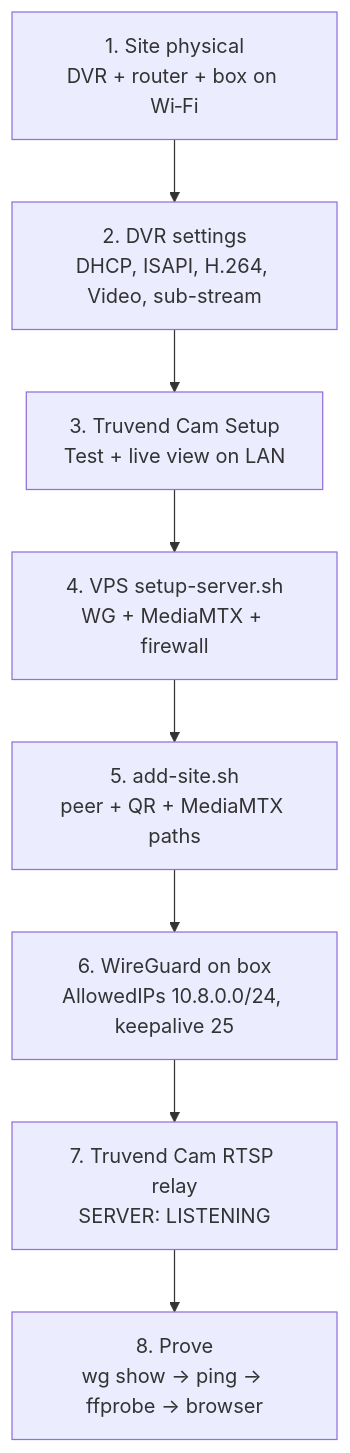
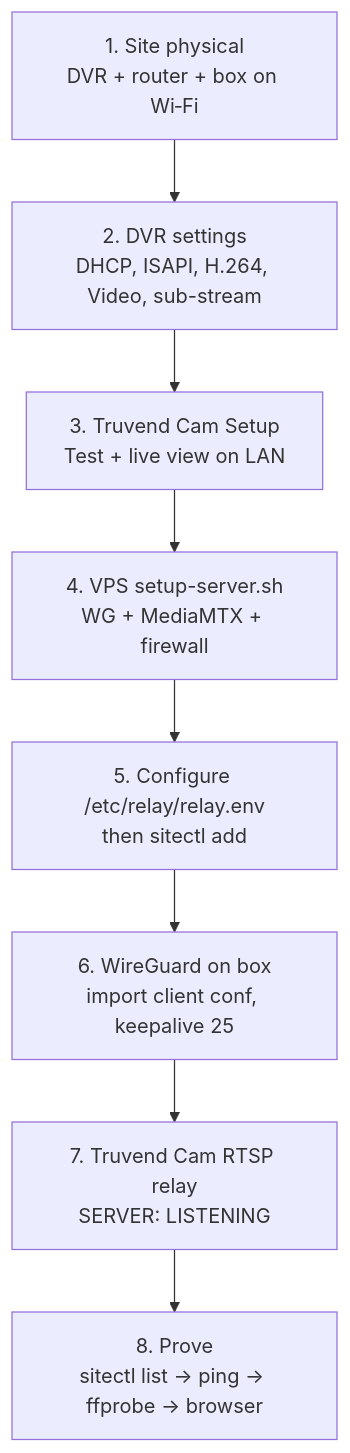
The fourth of 4 diagrams in docs/SYSTEM-ARCHITECTURE.md (olaar09/truvend_cam_site), drawn with Mermaid before and after one commit. The commit also changed other lines of this file and 14 other files, not shown here.

````diff
--- a/docs/SYSTEM-ARCHITECTURE.md
+++ b/docs/SYSTEM-ARCHITECTURE.md
@@ -310,10 +321,10 @@
 ```mermaid
 flowchart TD
   A["1. Site physical<br/>DVR + router + box on Wi‑Fi"] --> B["2. DVR settings<br/>DHCP, ISAPI, H.264, Video, sub-stream"]
   B --> C["3. Truvend Cam Setup<br/>Test + live view on LAN"]
   C --> D["4. VPS setup-server.sh<br/>WG + MediaMTX + firewall"]
-  D --> E["5. add-site.sh<br/>peer + QR + MediaMTX paths"]
-  E --> F["6. WireGuard on box<br/>AllowedIPs 10.8.0.0/24, keepalive 25"]
+  D --> E["5. Configure /etc/relay/relay.env<br/>then sitectl add"]
+  E --> F["6. WireGuard on box<br/>import client conf, keepalive 25"]
   F --> G["7. Truvend Cam RTSP relay<br/>SERVER: LISTENING"]
-  G --> H["8. Prove<br/>wg show → ping → ffprobe → browser"]
+  G --> H["8. Prove<br/>sitectl list → ping → ffprobe → browser"]
 ```
````
